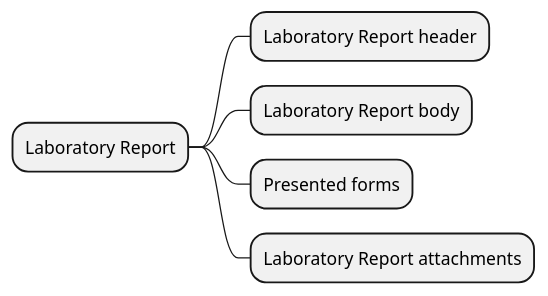
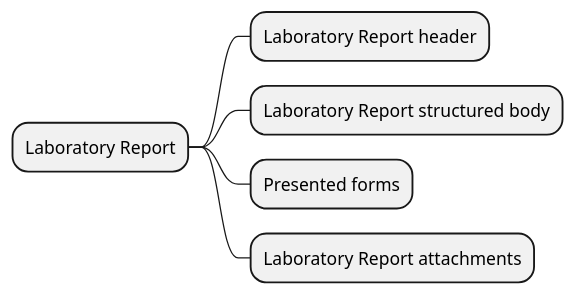
Before and after one commit to Xt-EHR/xt-ehr-common: the diagram in input/images-source/labReport_CIM.plantuml, drawn with PlantUML.

```diff
--- a/input/images-source/labReport_CIM.plantuml
+++ b/input/images-source/labReport_CIM.plantuml
@@ -1,7 +1,7 @@
 @startmindmap
 * Laboratory Report
 ** Laboratory Report header
-** Laboratory Report body
+** Laboratory Report structured body
 ** Presented forms
 ** Laboratory Report attachments
 @endmindmap
```
